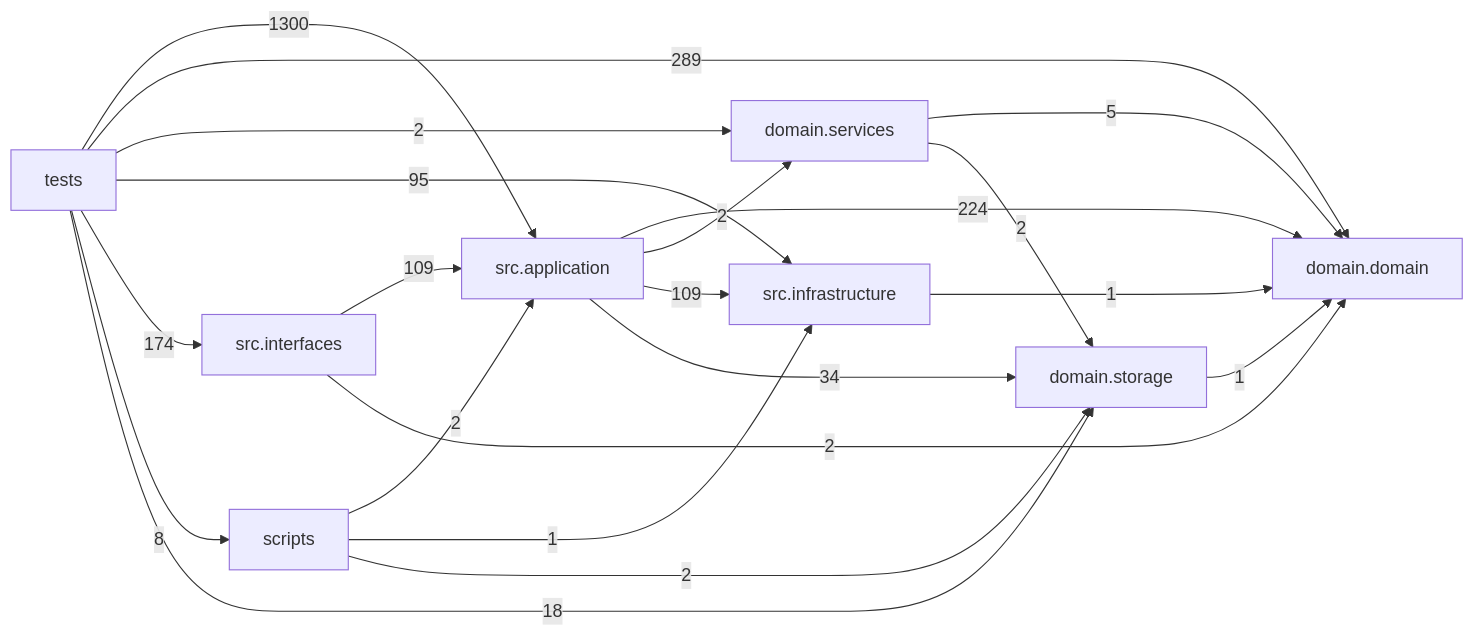
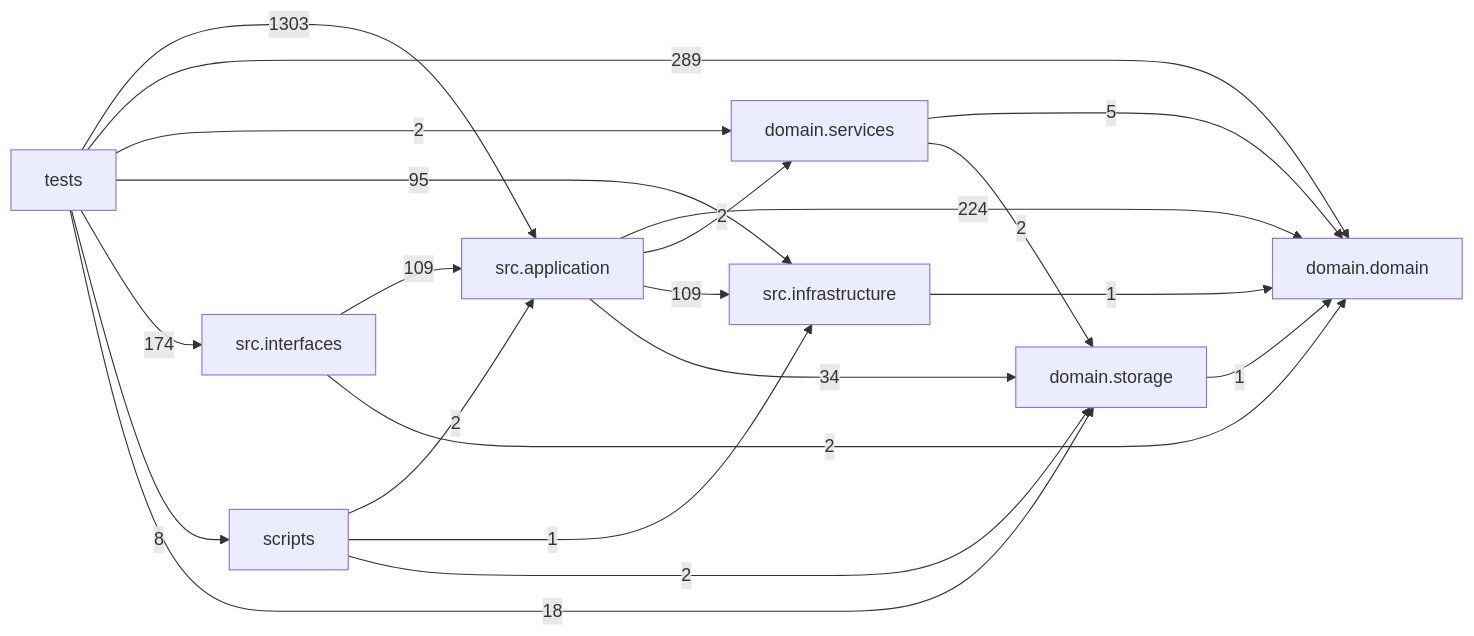
The diagram in docs/DEPENDENCY_GRAPH.md (liuxie066/options-monitor), drawn with Mermaid before and after one commit. The commit also changed other lines of this file and 9 other files, not shown here.

````diff
--- a/docs/DEPENDENCY_GRAPH.md
+++ b/docs/DEPENDENCY_GRAPH.md
@@ -24,31 +24,31 @@
 ```mermaid
 flowchart LR
   tests["tests"]
   scripts["scripts"]
   interfaces["src.interfaces"]
   application["src.application"]
   infrastructure["src.infrastructure"]
   domain_services["domain.services"]
   domain["domain.domain"]
   storage["domain.storage"]
   application -->|224| domain
   application -->|2| domain_services
   application -->|109| infrastructure
   application -->|34| storage
   domain_services -->|5| domain
   domain_services -->|2| storage
   infrastructure -->|1| domain
   interfaces -->|109| application
   interfaces -->|2| domain
   scripts -->|2| application
   scripts -->|1| infrastructure
   scripts -->|2| storage
   storage -->|1| domain
-  tests -->|1300| application
+  tests -->|1303| application
   tests -->|289| domain
   tests -->|2| domain_services
   tests -->|95| infrastructure
   tests -->|174| interfaces
   tests -->|8| scripts
   tests -->|18| storage
 ```
````
